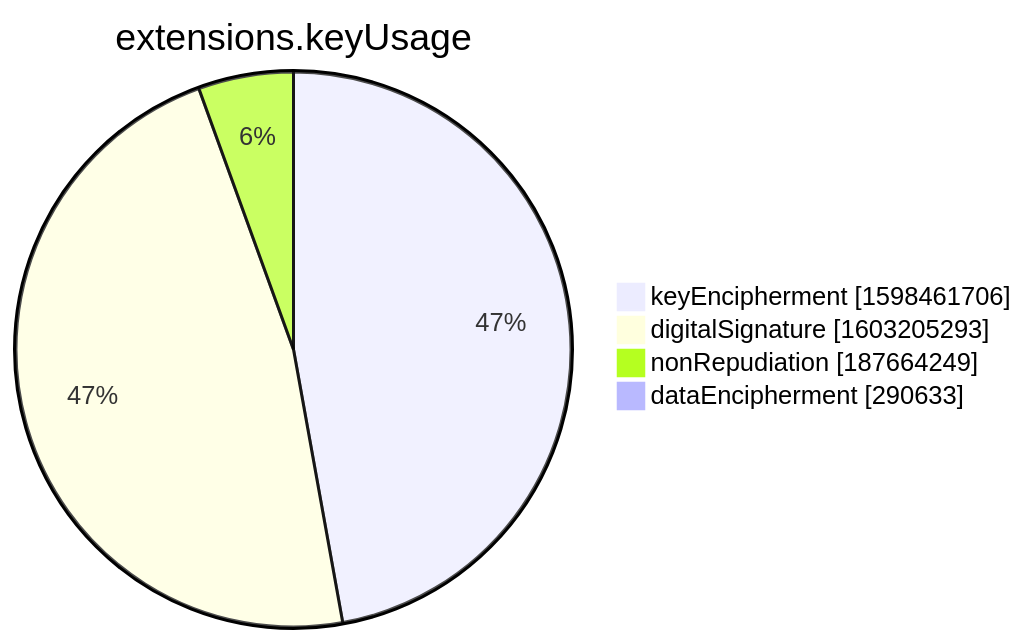
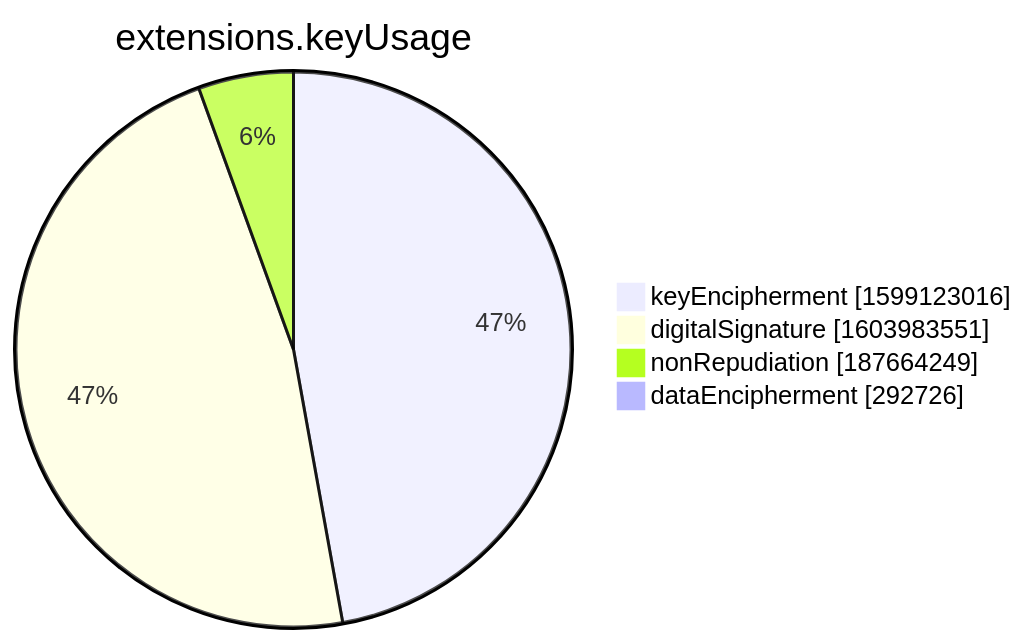
The seventh of 15 diagrams in xenon2022/README.md (christiankrug/ctmonitor_visualization), drawn with Mermaid before and after one commit. The commit also changed other lines of this file, not shown here.

````diff
--- a/xenon2022/README.md
+++ b/xenon2022/README.md
@@ -2854,8 +2854,8 @@
 ```mermaid
 pie showData
 title extensions.keyUsage
-"keyEncipherment" :1598461706
-"digitalSignature" :1603205293
+"keyEncipherment" :1599123016
+"digitalSignature" :1603983551
 "nonRepudiation" :187664249
-"dataEncipherment" :290633
+"dataEncipherment" :292726
 ```
````
